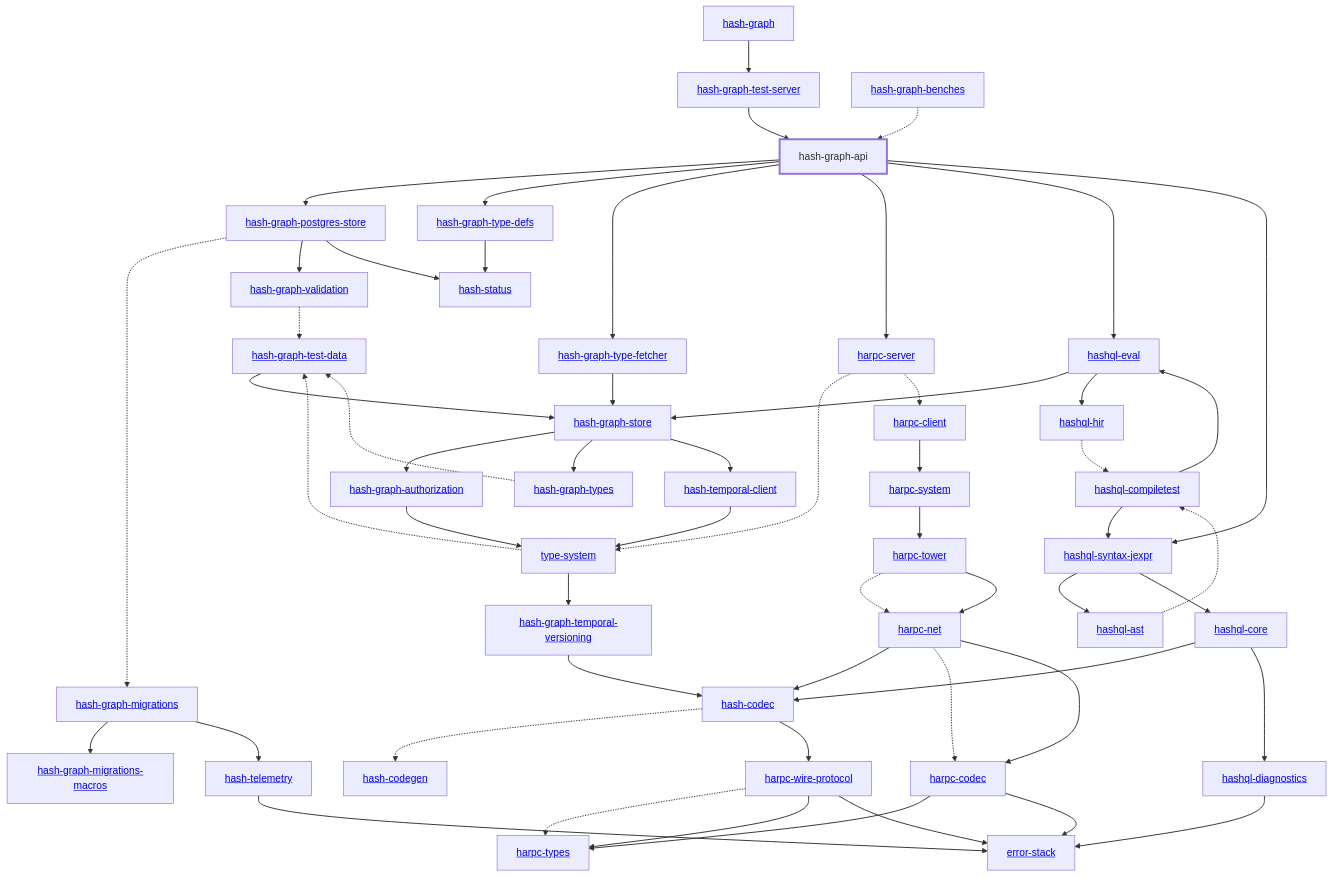
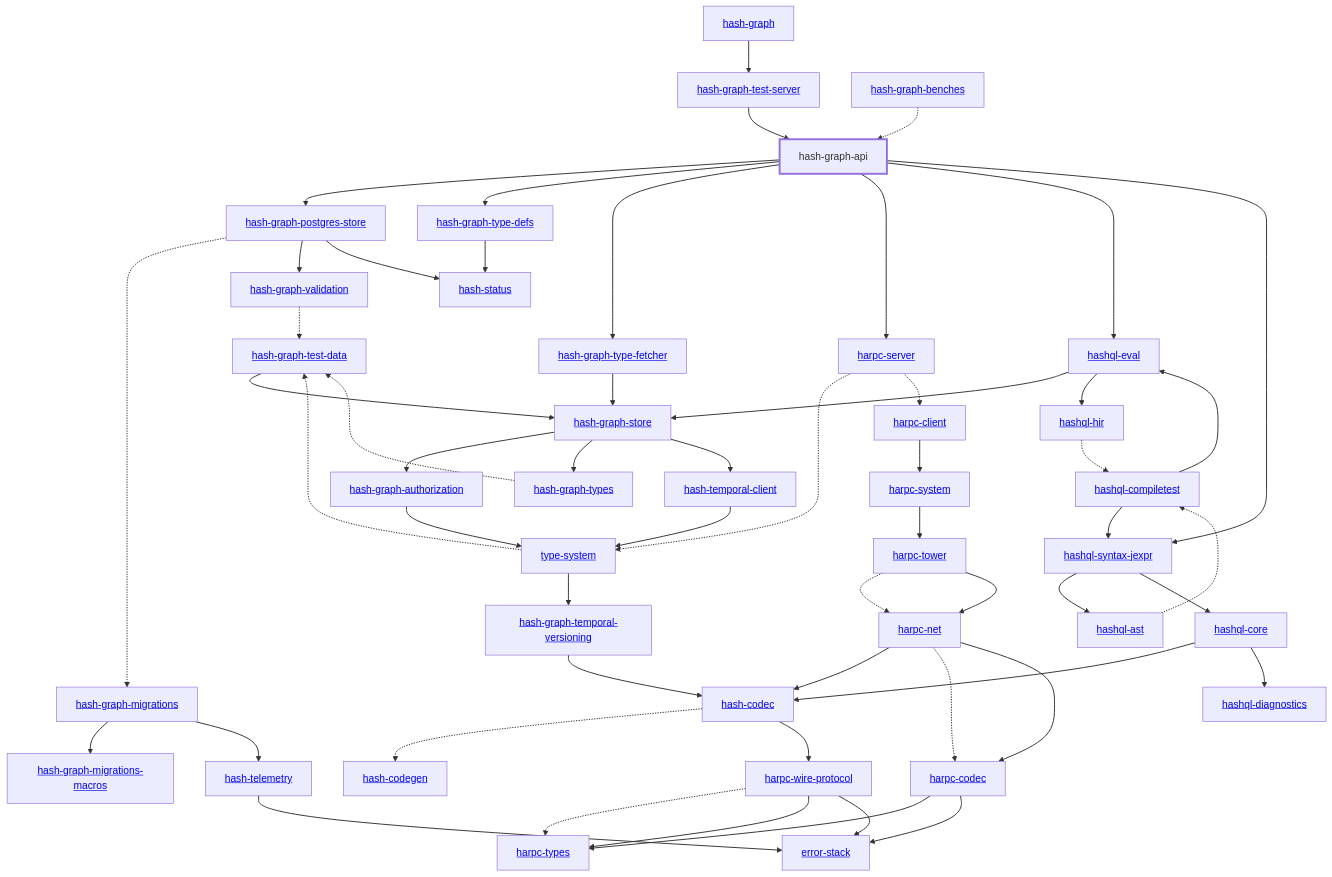
The diagram in libs/@local/graph/api/docs/dependency-diagram.mmd (hashintel/hash), drawn with Mermaid before and after one commit. The commit also changed 10 other files, not shown here.

Commit message:
fix: dependency diagrams + turbo

```diff
--- a/libs/@local/graph/api/docs/dependency-diagram.mmd
+++ b/libs/@local/graph/api/docs/dependency-diagram.mmd
@@ -1,103 +1,102 @@
 graph TD
     linkStyle default stroke-width:1.5px
     classDef default stroke-width:1px
     classDef root stroke-width:3px
     classDef dev stroke-width:1px
     classDef build stroke-width:1px
     %% Legend
     %% --> : Normal dependency
     %% -.-> : Dev dependency
     %% ---> : Build dependency
     0[<a href="../hash_graph/index.html">hash-graph</a>]
     1[<a href="../type_system/index.html">type-system</a>]
     2[<a href="../hash_codec/index.html">hash-codec</a>]
     3[<a href="../hash_codegen/index.html">hash-codegen</a>]
     4[hash-graph-api]
     class 4 root
     5[<a href="../hash_graph_authorization/index.html">hash-graph-authorization</a>]
     6[<a href="../hash_graph_migrations/index.html">hash-graph-migrations</a>]
     7[<a href="../hash_graph_migrations_macros/index.html">hash-graph-migrations-macros</a>]
     8[<a href="../hash_graph_postgres_store/index.html">hash-graph-postgres-store</a>]
     9[<a href="../hash_graph_store/index.html">hash-graph-store</a>]
     10[<a href="../hash_graph_temporal_versioning/index.html">hash-graph-temporal-versioning</a>]
     11[<a href="../hash_graph_test_server/index.html">hash-graph-test-server</a>]
     12[<a href="../hash_graph_type_defs/index.html">hash-graph-type-defs</a>]
     13[<a href="../hash_graph_type_fetcher/index.html">hash-graph-type-fetcher</a>]
     14[<a href="../hash_graph_types/index.html">hash-graph-types</a>]
     15[<a href="../hash_graph_validation/index.html">hash-graph-validation</a>]
     16[<a href="../harpc_client/index.html">harpc-client</a>]
     17[<a href="../harpc_codec/index.html">harpc-codec</a>]
     18[<a href="../harpc_net/index.html">harpc-net</a>]
     19[<a href="../harpc_server/index.html">harpc-server</a>]
     20[<a href="../harpc_system/index.html">harpc-system</a>]
     21[<a href="../harpc_tower/index.html">harpc-tower</a>]
     22[<a href="../harpc_types/index.html">harpc-types</a>]
     23[<a href="../harpc_wire_protocol/index.html">harpc-wire-protocol</a>]
     24[<a href="../hashql_ast/index.html">hashql-ast</a>]
     25[<a href="../hashql_compiletest/index.html">hashql-compiletest</a>]
     26[<a href="../hashql_core/index.html">hashql-core</a>]
     27[<a href="../hashql_diagnostics/index.html">hashql-diagnostics</a>]
     28[<a href="../hashql_eval/index.html">hashql-eval</a>]
     29[<a href="../hashql_hir/index.html">hashql-hir</a>]
     30[<a href="../hashql_syntax_jexpr/index.html">hashql-syntax-jexpr</a>]
     31[<a href="../hash_status/index.html">hash-status</a>]
     32[<a href="../hash_telemetry/index.html">hash-telemetry</a>]
     33[<a href="../hash_temporal_client/index.html">hash-temporal-client</a>]
     34[<a href="../error_stack/index.html">error-stack</a>]
     35[<a href="../hash_graph_benches/index.html">hash-graph-benches</a>]
     36[<a href="../hash_graph_test_data/index.html">hash-graph-test-data</a>]
     0 --> 11
     1 --> 10
     1 -.-> 36
     2 -.-> 3
     2 --> 23
     4 --> 8
     4 --> 12
     4 --> 13
     4 --> 19
     4 --> 28
     4 --> 30
     5 --> 1
     6 --> 7
     6 --> 32
     8 -.-> 6
     8 --> 15
     8 --> 31
     9 --> 5
     9 --> 14
     9 --> 33
     10 --> 2
     11 --> 4
     12 --> 31
     13 --> 9
     14 -.-> 36
     15 -.-> 36
     16 --> 20
     17 --> 22
     17 --> 34
     18 --> 2
     18 -.-> 17
     18 --> 17
     19 -.-> 1
     19 -.-> 16
     20 --> 21
     21 -.-> 18
     21 --> 18
     23 -.-> 22
     23 --> 22
     23 --> 34
     24 -.-> 25
     25 --> 28
     25 --> 30
     26 --> 2
     26 --> 27
-    27 --> 34
     28 --> 9
     28 --> 29
     29 -.-> 25
     30 --> 24
     30 --> 26
     32 --> 34
     33 --> 1
     35 -.-> 4
     36 --> 9
```
